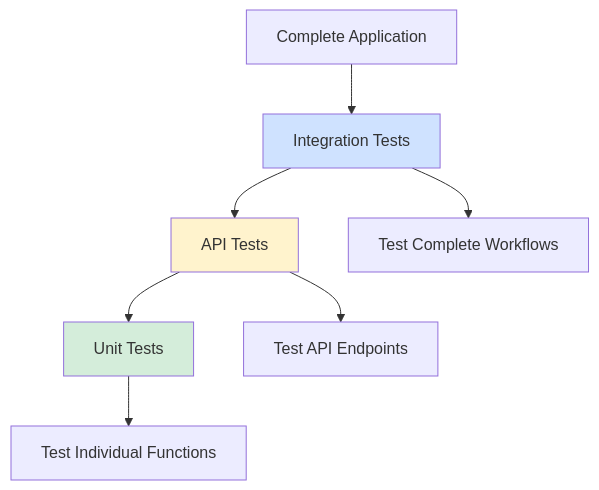
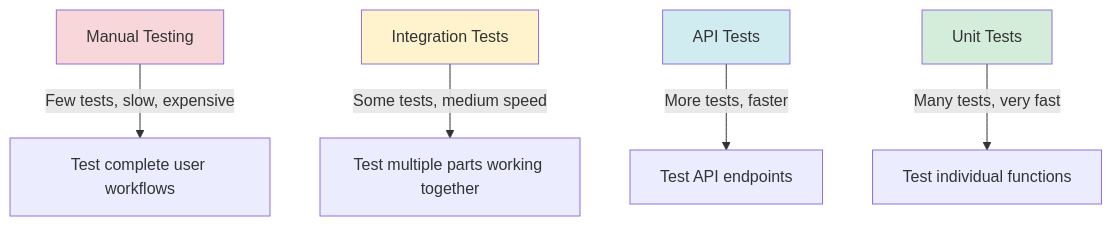
The first of 3 diagrams in project-docs/dev-guide/phase4/phase-4.4-testing-implementation.md (alkholigroup2020/stock-management-system), drawn with Mermaid before and after one commit. The commit also changed other lines of this file, not shown here.

````diff
--- a/project-docs/dev-guide/phase4/phase-4.4-testing-implementation.md
+++ b/project-docs/dev-guide/phase4/phase-4.4-testing-implementation.md
@@ -60,14 +56,12 @@
 ```mermaid
-graph TB
-    A[Complete Application] --> B[Integration Tests]
-    B --> C[API Tests]
-    C --> D[Unit Tests]
+graph TD
+    A[Manual Testing] -->|Few tests, slow, expensive| A1[Test complete user workflows]
+    B[Integration Tests] -->|Some tests, medium speed| B1[Test multiple parts working together]
+    C[API Tests] -->|More tests, faster| C1[Test API endpoints]
+    D[Unit Tests] -->|Many tests, very fast| D1[Test individual functions]
 
-    D --> E[Test Individual Functions]
-    C --> F[Test API Endpoints]
-    B --> G[Test Complete Workflows]
-
+    style A fill:#f8d7da
+    style B fill:#fff3cd
+    style C fill:#d1ecf1
     style D fill:#d4edda
-    style C fill:#fff3cd
-    style B fill:#cfe2ff
 ```
````
